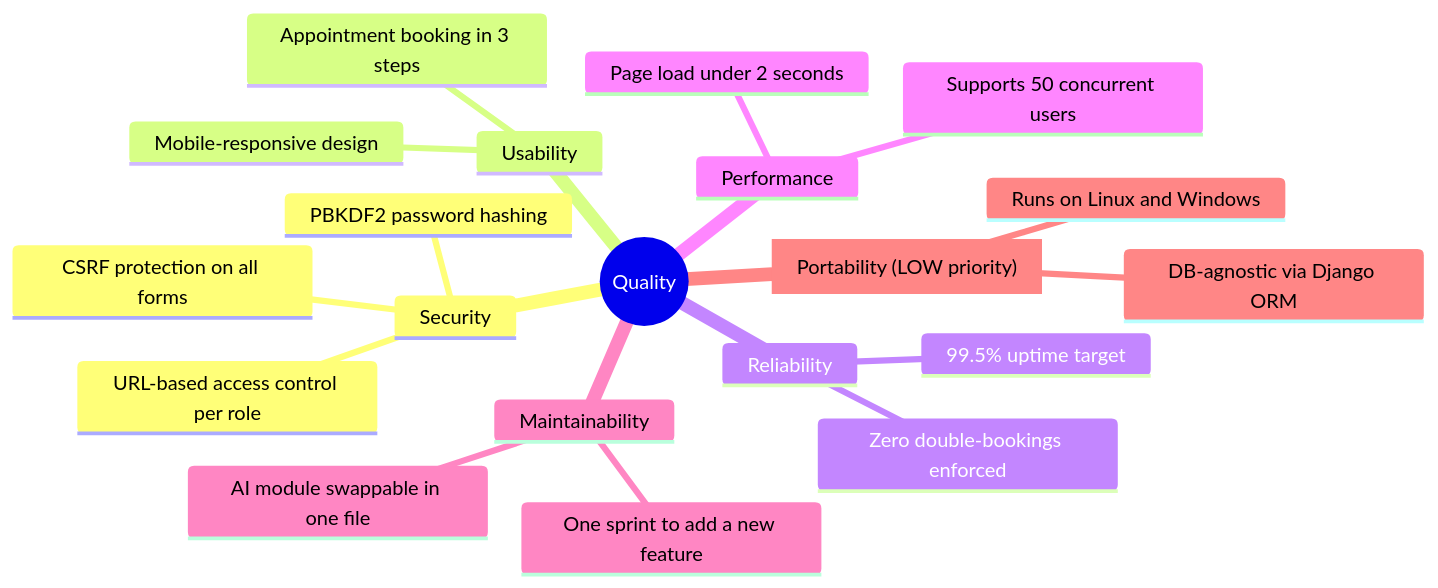
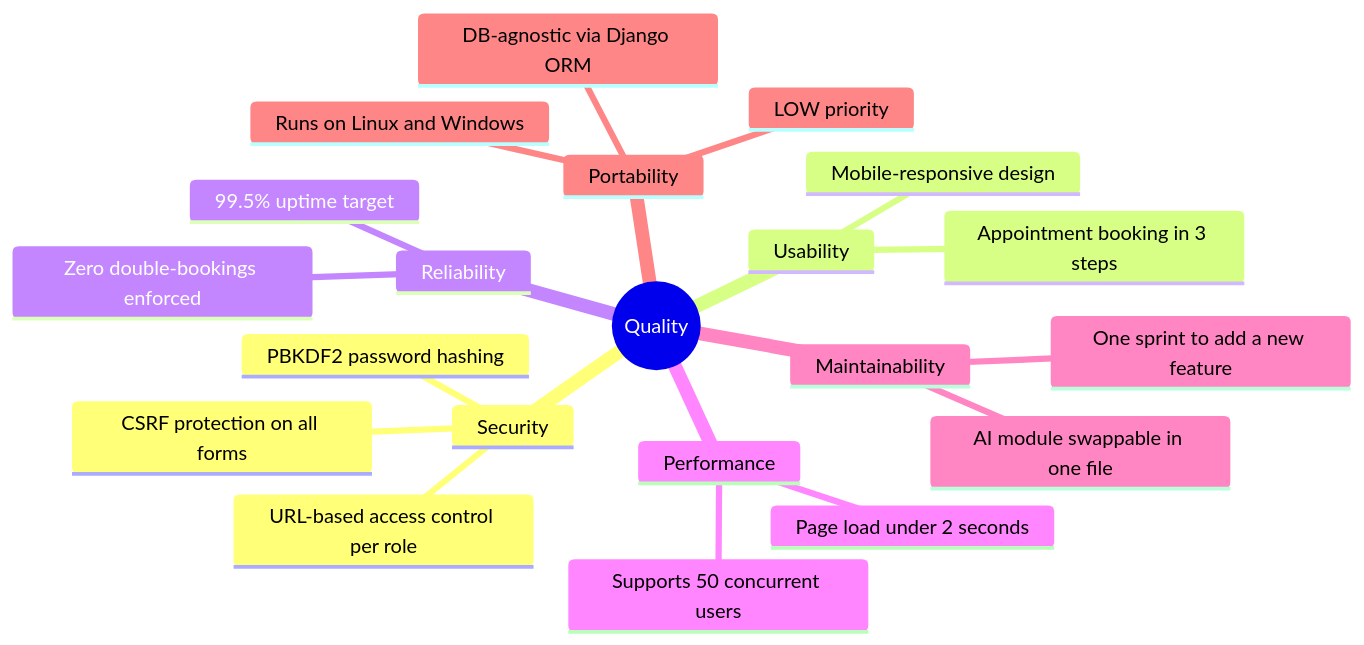
Diagram 14 of 14 in ARCHITECTURE.md (khairat1/clinic-reservation-system), drawn with Mermaid before and after one commit.

Commit message:
Update Architecture.md
rechanging quality tree diagram

````diff
--- a/ARCHITECTURE.md
+++ b/ARCHITECTURE.md
@@ -942,23 +942,24 @@
 ```mermaid
 mindmap
   root((Quality))
     Security
       PBKDF2 password hashing
       CSRF protection on all forms
       URL-based access control per role
     Usability
       Appointment booking in 3 steps
       Mobile-responsive design
     Reliability
       Zero double-bookings enforced
       99.5% uptime target
     Performance
       Page load under 2 seconds
       Supports 50 concurrent users
     Maintainability
       One sprint to add a new feature
       AI module swappable in one file
-    Portability["Portability (LOW priority)"]
+    Portability
+      LOW priority
       Runs on Linux and Windows
       DB-agnostic via Django ORM
 ```
````
